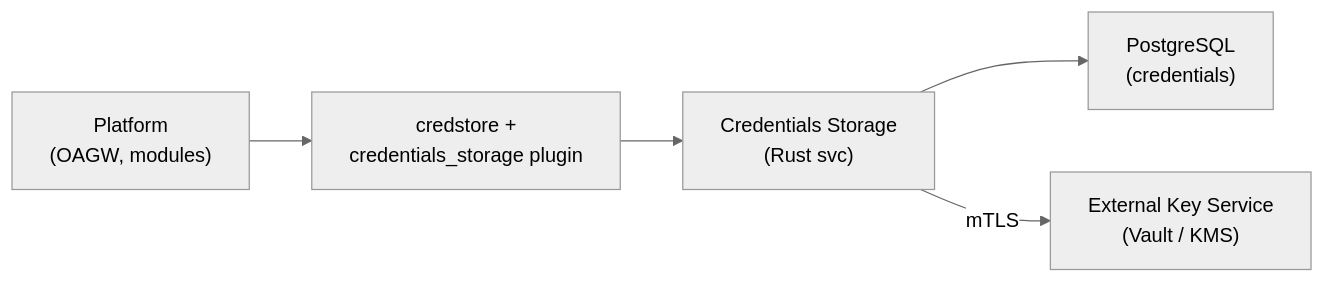
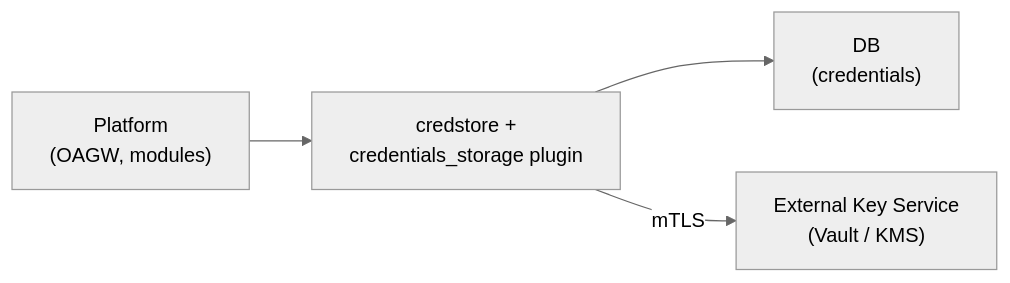
One commit to nullhypothesic/cyberfabric-core changed the fifth of 6 diagrams in modules/credstore/docs/DESIGN.md. Above: the diagram before and after it, drawn with Mermaid (neutral theme). The commit also changed other lines of this file, not shown here.

Commit message:
docs: drop standalone-service framing for credentials_storage plugin

````diff
--- a/modules/credstore/docs/DESIGN.md
+++ b/modules/credstore/docs/DESIGN.md
@@ -628,7 +628,6 @@
 ```mermaid
 graph LR
     Platform["Platform<br/>(OAGW, modules)"] --> GW["credstore +<br/>credentials_storage plugin"]
-    GW --> CSP["Credentials Storage<br/>(Rust svc)"]
-    CSP --> PG["PostgreSQL<br/>(credentials)"]
-    CSP -->|"mTLS"| KMS["External Key Service<br/>(Vault / KMS)"]
+    GW --> DB["DB<br/>(credentials)"]
+    GW -->|"mTLS"| KMS["External Key Service<br/>(Vault / KMS)"]
 ```
````
